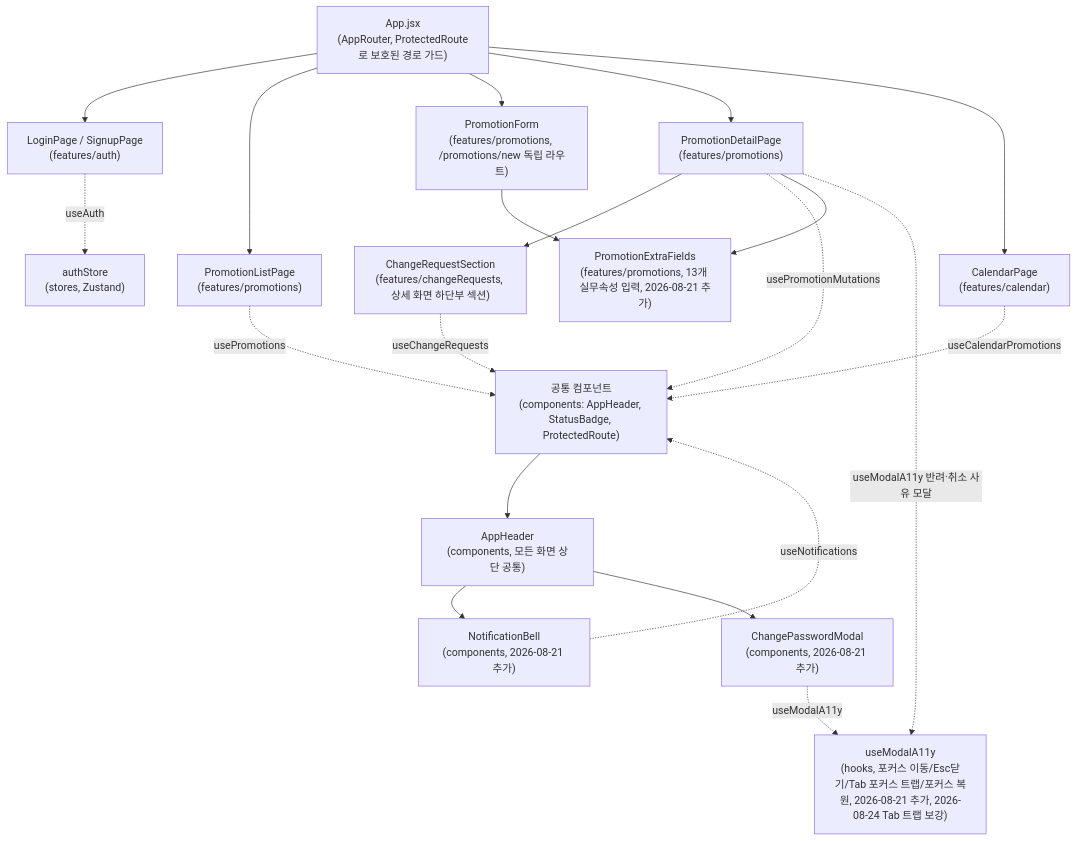
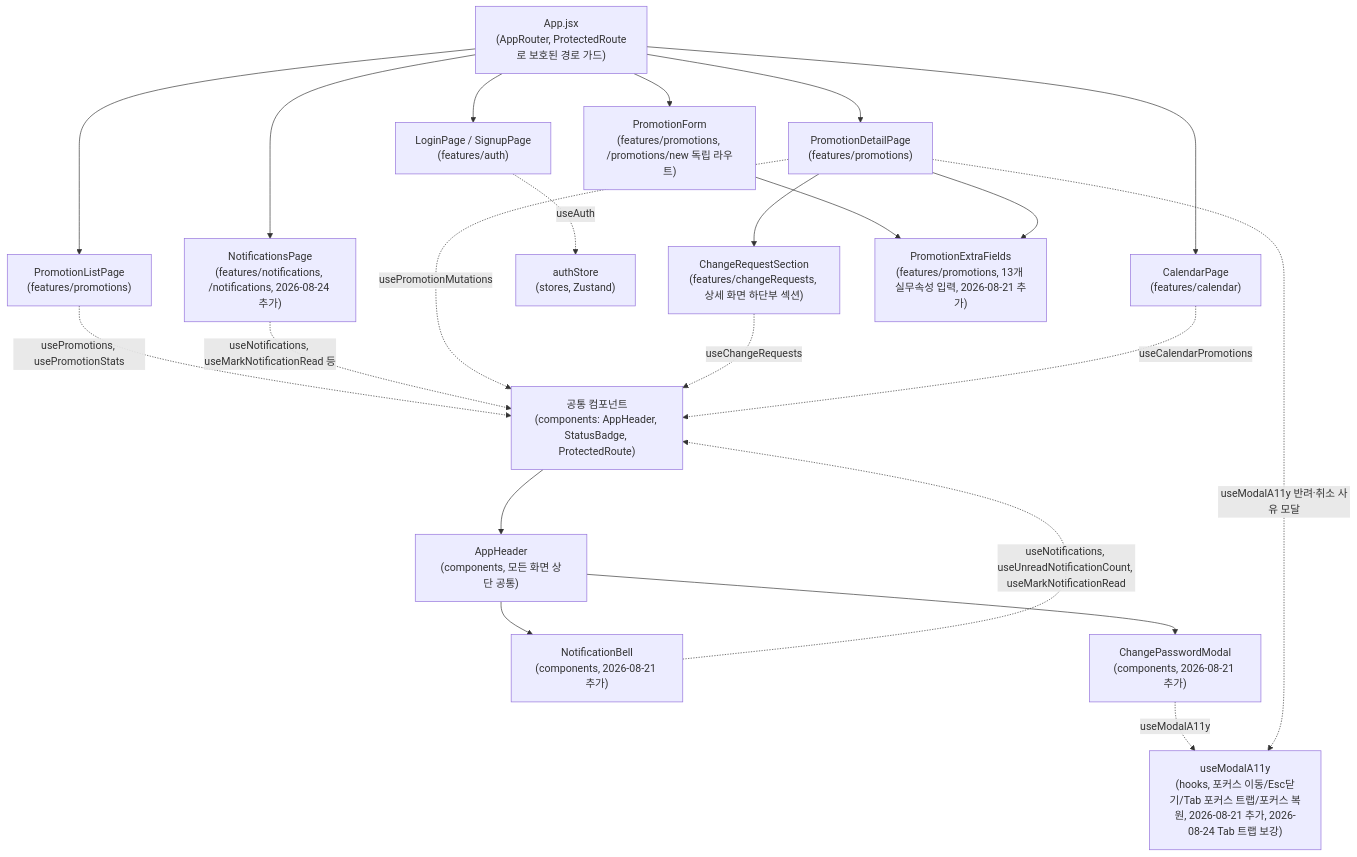
One commit to spongood99-spec/b2b-promo changed the third of 3 diagrams in docs/6-arch-diagram.md. Above: the diagram before and after it, drawn with Mermaid. The commit also changed other lines of this file and 23 other files, not shown here.

First line of the commit message:
Add notification read-status/full-view, change-history display, simple dashboard

````diff
--- a/docs/6-arch-diagram.md
+++ b/docs/6-arch-diagram.md
@@ -66,28 +66,30 @@
 ```mermaid
 flowchart TD
     App["App.jsx<br/>(AppRouter, ProtectedRoute로 보호된 경로 가드)"]
 
     App --> LoginPage["LoginPage / SignupPage<br/>(features/auth)"]
     App --> PromotionListPage["PromotionListPage<br/>(features/promotions)"]
     App --> PromotionForm["PromotionForm<br/>(features/promotions, /promotions/new 독립 라우트)"]
     App --> PromotionDetailPage["PromotionDetailPage<br/>(features/promotions)"]
     App --> CalendarPage["CalendarPage<br/>(features/calendar)"]
+    App --> NotificationsPage["NotificationsPage<br/>(features/notifications, /notifications, 2026-08-24 추가)"]
 
     LoginPage -.->|useAuth| AuthStore["authStore<br/>(stores, Zustand)"]
 
-    PromotionListPage -.->|usePromotions| Common["공통 컴포넌트<br/>(components: AppHeader, StatusBadge, ProtectedRoute)"]
+    PromotionListPage -.->|usePromotions, usePromotionStats| Common["공통 컴포넌트<br/>(components: AppHeader, StatusBadge, ProtectedRoute)"]
+    NotificationsPage -.->|useNotifications, useMarkNotificationRead 등| Common
     PromotionDetailPage --> ChangeRequestSection["ChangeRequestSection<br/>(features/changeRequests, 상세 화면 하단부 섹션)"]
     PromotionDetailPage -.->|usePromotionMutations| Common
     ChangeRequestSection -.->|useChangeRequests| Common
 
     CalendarPage -.->|useCalendarPromotions| Common
 
     Common --> AppHeader["AppHeader<br/>(components, 모든 화면 상단 공통)"]
     AppHeader --> NotificationBell["NotificationBell<br/>(components, 2026-08-21 추가)"]
     AppHeader --> ChangePasswordModal["ChangePasswordModal<br/>(components, 2026-08-21 추가)"]
-    NotificationBell -.->|useNotifications| Common
+    NotificationBell -.->|useNotifications, useUnreadNotificationCount, useMarkNotificationRead| Common
     PromotionForm --> PromotionExtraFields["PromotionExtraFields<br/>(features/promotions, 13개 실무속성 입력, 2026-08-21 추가)"]
     PromotionDetailPage --> PromotionExtraFields
     ChangePasswordModal -.->|useModalA11y| A11yHook["useModalA11y<br/>(hooks, 포커스 이동/Esc닫기/Tab 포커스 트랩/포커스 복원, 2026-08-21 추가, 2026-08-24 Tab 트랩 보강)"]
     PromotionDetailPage -.->|useModalA11y 반려·취소 사유 모달| A11yHook
 ```
````
